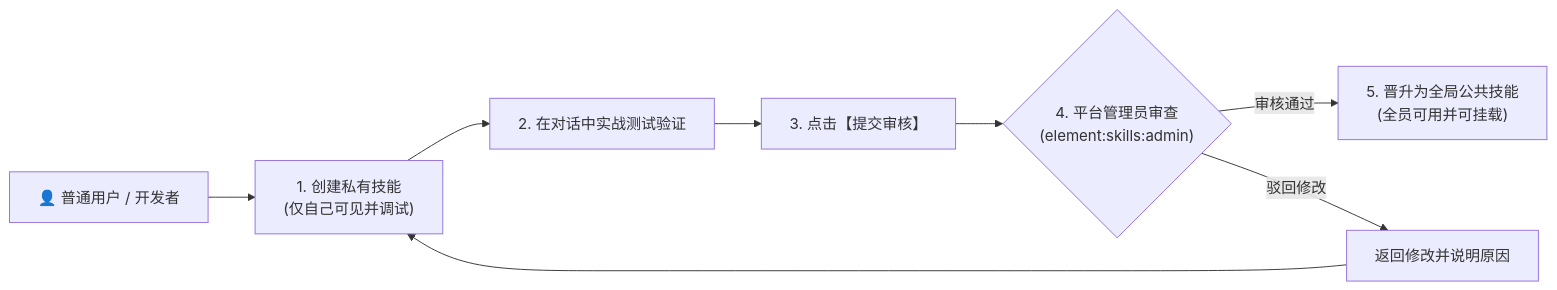
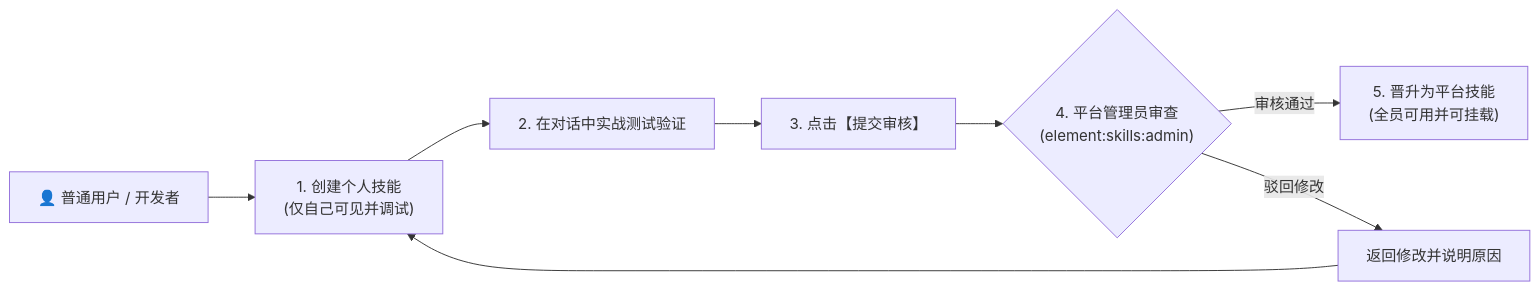
The ninth of 20 diagrams in FAQ.md (RandyChen1985/nanzi-ai-agent-platform), drawn with Mermaid before and after one commit. The commit also changed other lines of this file, not shown here.

````diff
--- a/FAQ.md
+++ b/FAQ.md
@@ -1208,10 +1225,10 @@
 ```mermaid
 flowchart LR
-    User["👤 普通用户 / 开发者"] --> Create["1. 创建私有技能<br>(仅自己可见并调试)"]
+    User["👤 普通用户 / 开发者"] --> Create["1. 创建个人技能<br>(仅自己可见并调试)"]
     Create --> Test["2. 在对话中实战测试验证"]
     Test --> Submit["3. 点击【提交审核】"]
     Submit --> Review{"4. 平台管理员审查<br>(element:skills:admin)"}
-    Review -- "审核通过" --> Public["5. 晋升为全局公共技能<br>(全员可用并可挂载)"]
+    Review -- "审核通过" --> Public["5. 晋升为平台技能<br>(全员可用并可挂载)"]
     Review -- "驳回修改" --> Reject["返回修改并说明原因"]
     Reject --> Create
 ```
````
